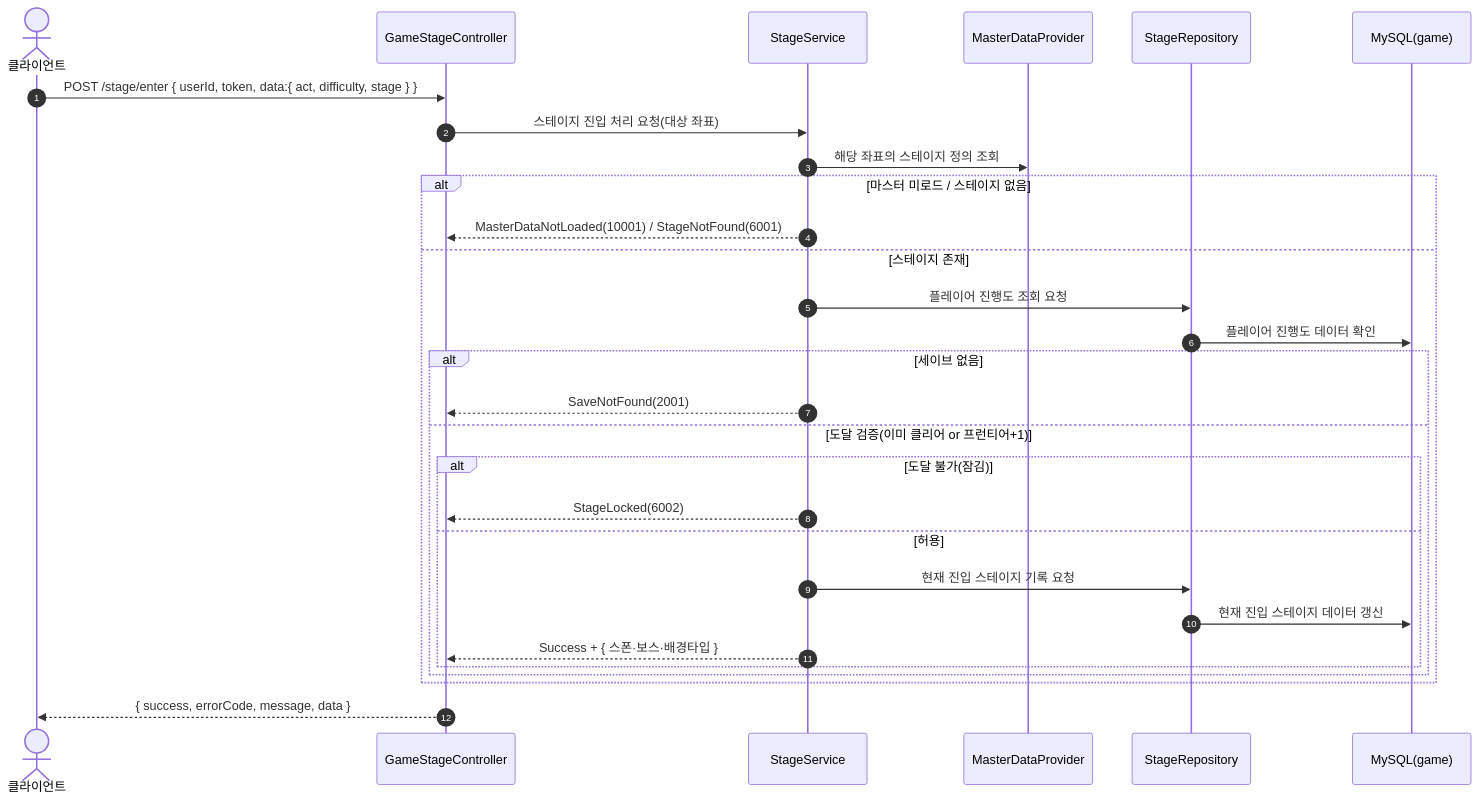
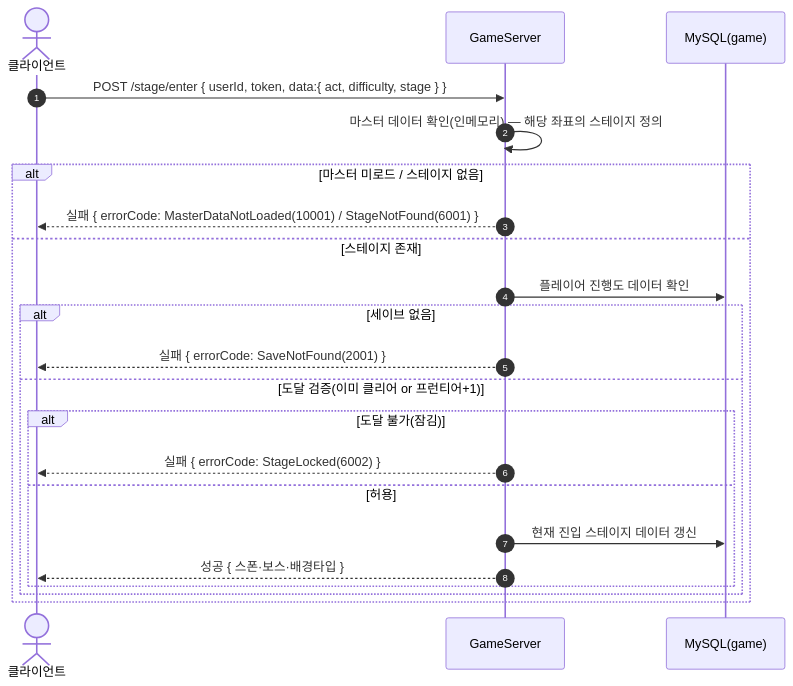
Before and after one commit to ks-wook/com2us-taskbar-hero: the first of 2 diagrams in SequenceDiagram/GameStageController.md, drawn with Mermaid. The commit also changed other lines of this file and 8 other files, not shown here.

Commit message:
시퀀스 다이어그램 수정

````diff
--- a/SequenceDiagram/GameStageController.md
+++ b/SequenceDiagram/GameStageController.md
@@ -9,32 +9,25 @@
 ```mermaid
 sequenceDiagram
     autonumber
     actor C as 클라이언트
-    participant Ctrl as GameStageController
-    participant Svc as StageService
-    participant MD as MasterDataProvider
-    participant Repo as StageRepository
+    participant S as GameServer
     participant DB as MySQL(game)
 
-    C->>Ctrl: POST /stage/enter { userId, token, data:{ act, difficulty, stage } }
-    Ctrl->>Svc: 스테이지 진입 처리 요청(대상 좌표)
-    Svc->>MD: 해당 좌표의 스테이지 정의 조회
+    C->>S: POST /stage/enter { userId, token, data:{ act, difficulty, stage } }
+    S->>S: 마스터 데이터 확인(인메모리) — 해당 좌표의 스테이지 정의
     alt 마스터 미로드 / 스테이지 없음
-        Svc-->>Ctrl: MasterDataNotLoaded(10001) / StageNotFound(6001)
+        S-->>C: 실패 { errorCode: MasterDataNotLoaded(10001) / StageNotFound(6001) }
     else 스테이지 존재
-        Svc->>Repo: 플레이어 진행도 조회 요청
-        Repo->>DB: 플레이어 진행도 데이터 확인
+        S->>DB: 플레이어 진행도 데이터 확인
         alt 세이브 없음
-            Svc-->>Ctrl: SaveNotFound(2001)
+            S-->>C: 실패 { errorCode: SaveNotFound(2001) }
         else 도달 검증(이미 클리어 or 프런티어+1)
             alt 도달 불가(잠김)
-                Svc-->>Ctrl: StageLocked(6002)
+                S-->>C: 실패 { errorCode: StageLocked(6002) }
             else 허용
-                Svc->>Repo: 현재 진입 스테이지 기록 요청
-                Repo->>DB: 현재 진입 스테이지 데이터 갱신
-                Svc-->>Ctrl: Success + { 스폰·보스·배경타입 }
+                S->>DB: 현재 진입 스테이지 데이터 갱신
+                S-->>C: 성공 { 스폰·보스·배경타입 }
             end
         end
     end
-    Ctrl-->>C: { success, errorCode, message, data }
 ```
````
